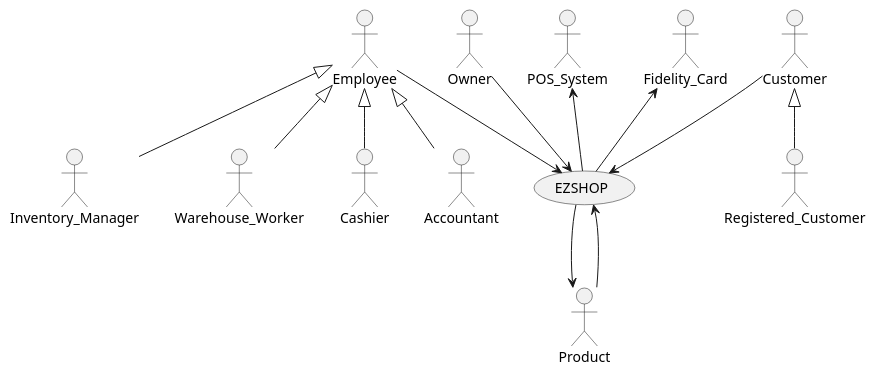
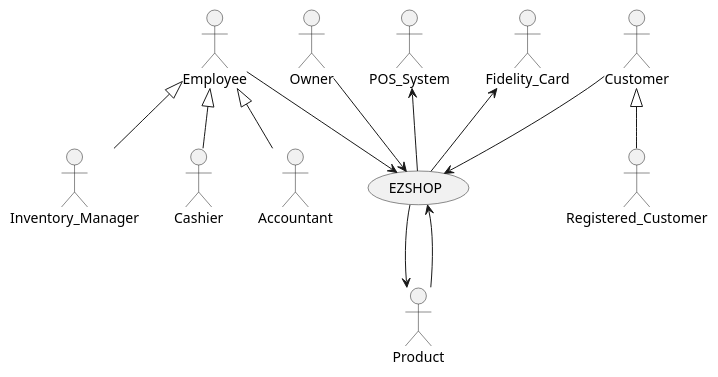
Before and after one commit to paolotron/EzshoProject31: the diagram in Deliverables/RequirementsDocument.md, drawn with PlantUML. The commit also changed other lines of this file, not shown here.

Commit message:
Removing Warehouse worker

````diff
--- a/Deliverables/RequirementsDocument.md
+++ b/Deliverables/RequirementsDocument.md
@@ -61,18 +60,17 @@
 ```plantuml
 @startuml
 actor Owner
 
 Employee <|-- Inventory_Manager
-Employee <|-- Warehouse_Worker
 Employee <|-- Cashier
 Employee <|-- Accountant
 Employee --> (EZSHOP)
 (EZSHOP) --> Product
 (EZSHOP) <-- Product
 Customer <|-- Registered_Customer
 Customer --> (EZSHOP)
 POS_System <-- (EZSHOP)
 Fidelity_Card <-- (EZSHOP)
 Owner --> (EZSHOP)
 @enduml
 ```
````
